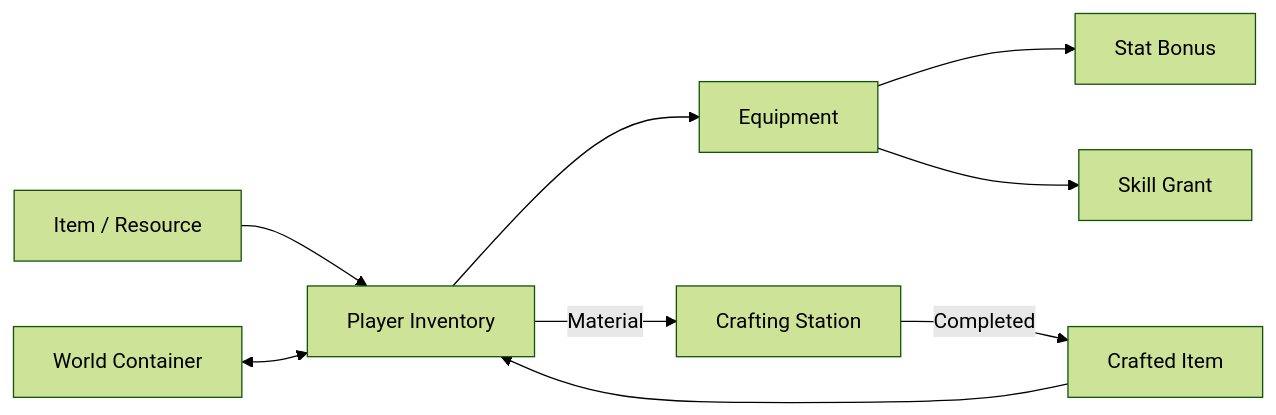
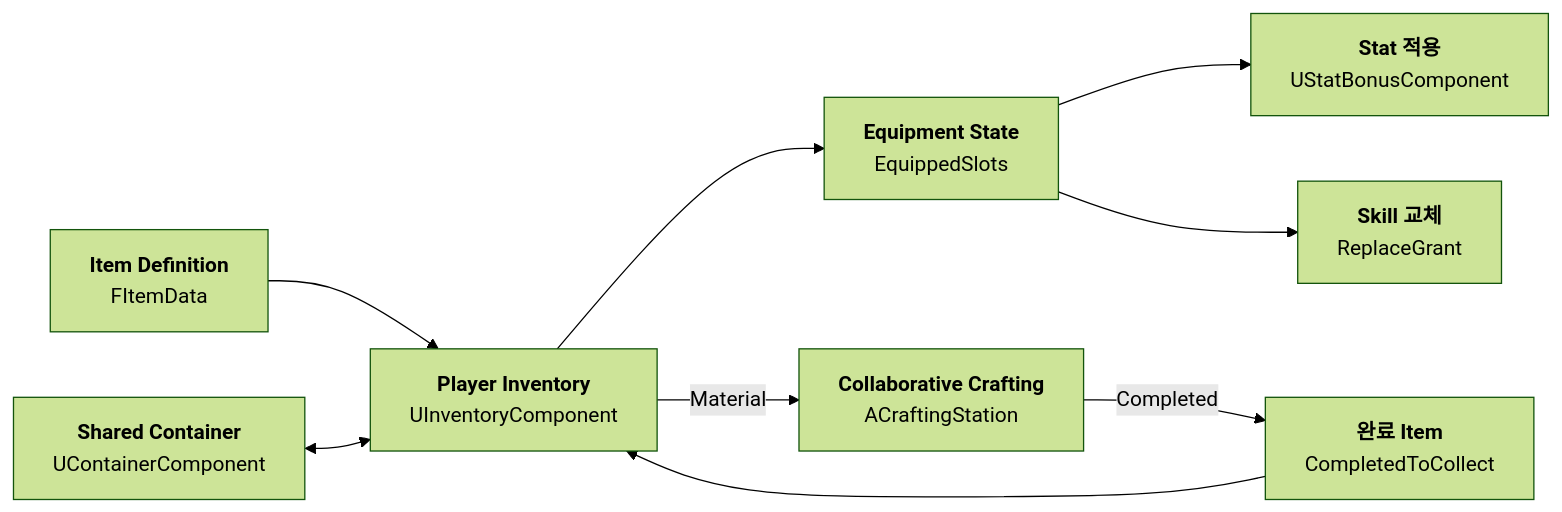
The first of 3 diagrams in Doc/Wiki/07_Inventory_Crafting.md (chungheonLee0325/Sonheim), drawn with Mermaid (forest theme) before and after one commit. The commit also changed other lines of this file, not shown here.

Commit message:
docs: add equipment examples and inventory ui data flow

```diff
--- a/Doc/Wiki/07_Inventory_Crafting.md
+++ b/Doc/Wiki/07_Inventory_Crafting.md
@@ -18,22 +18,22 @@
 ~~~mermaid
 flowchart LR
-    ITEM["Item / Resource"]
-    INV["Player Inventory"]
-    EQUIP["Equipment"]
-    STAT["Stat Bonus"]
-    SKILL["Skill Grant"]
+    ITEM["<b>Item Definition</b><br/>FItemData"]
+    INV["<b>Player Inventory</b><br/>UInventoryComponent"]
+    EQUIP["<b>Equipment State</b><br/>EquippedSlots"]
+    STAT["<b>Stat 적용</b><br/>UStatBonusComponent"]
+    SKILL["<b>Skill 교체</b><br/>ReplaceGrant"]
 
-    BOX["World Container"]
-    CRAFT["Crafting Station"]
-    RESULT["Crafted Item"]
+    BOX["<b>Shared Container</b><br/>UContainerComponent"]
+    CRAFT["<b>Collaborative Crafting</b><br/>ACraftingStation"]
+    RESULT["<b>완료 Item</b><br/>CompletedToCollect"]
 
     ITEM --> INV
     BOX <--> INV
     INV --> EQUIP
     EQUIP --> STAT
     EQUIP --> SKILL
 
     INV -->|"Material"| CRAFT
     CRAFT -->|"Completed"| RESULT
     RESULT --> INV
 ~~~
```
